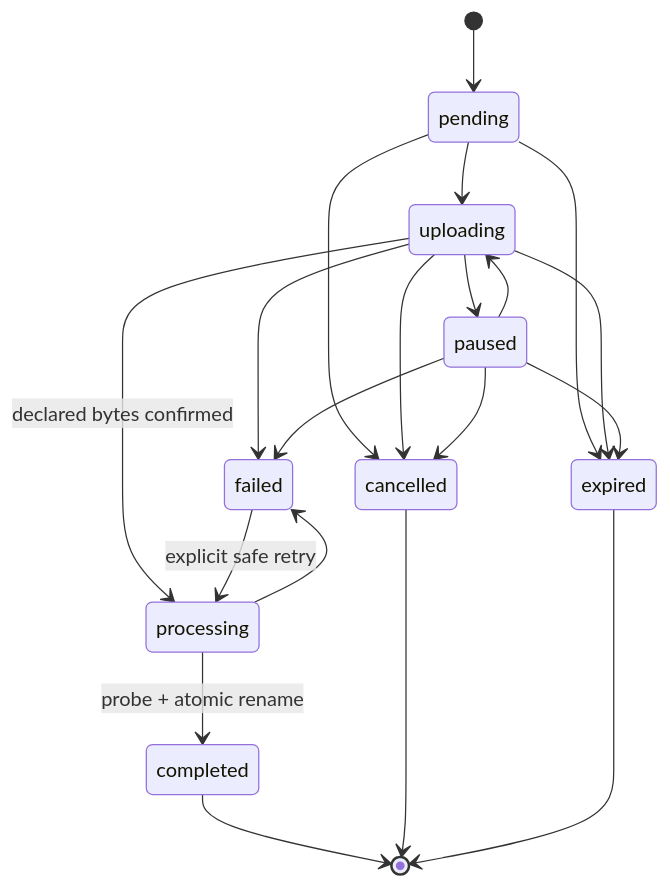
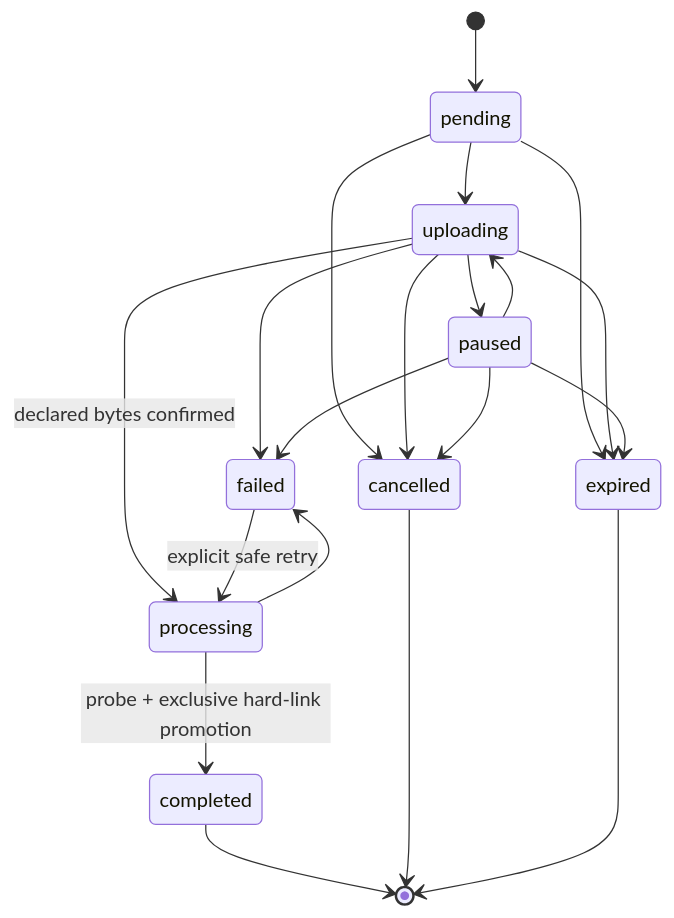
The third of 3 diagrams in docs/architecture.md (VaclavKlima/MediaUploadManager), drawn with Mermaid before and after one commit. The commit also changed other lines of this file and 141 other files, not shown here.

````diff
--- a/docs/architecture.md
+++ b/docs/architecture.md
@@ -175,22 +176,22 @@
 ```mermaid
 stateDiagram-v2
     [*] --> pending
     pending --> uploading
     pending --> cancelled
     pending --> expired
     uploading --> paused
     uploading --> processing: declared bytes confirmed
     uploading --> cancelled
     uploading --> expired
     uploading --> failed
     paused --> uploading
     paused --> cancelled
     paused --> expired
     paused --> failed
-    processing --> completed: probe + atomic rename
+    processing --> completed: probe + exclusive hard-link promotion
     processing --> failed
     failed --> processing: explicit safe retry
     completed --> [*]
     cancelled --> [*]
     expired --> [*]
 ```
````
